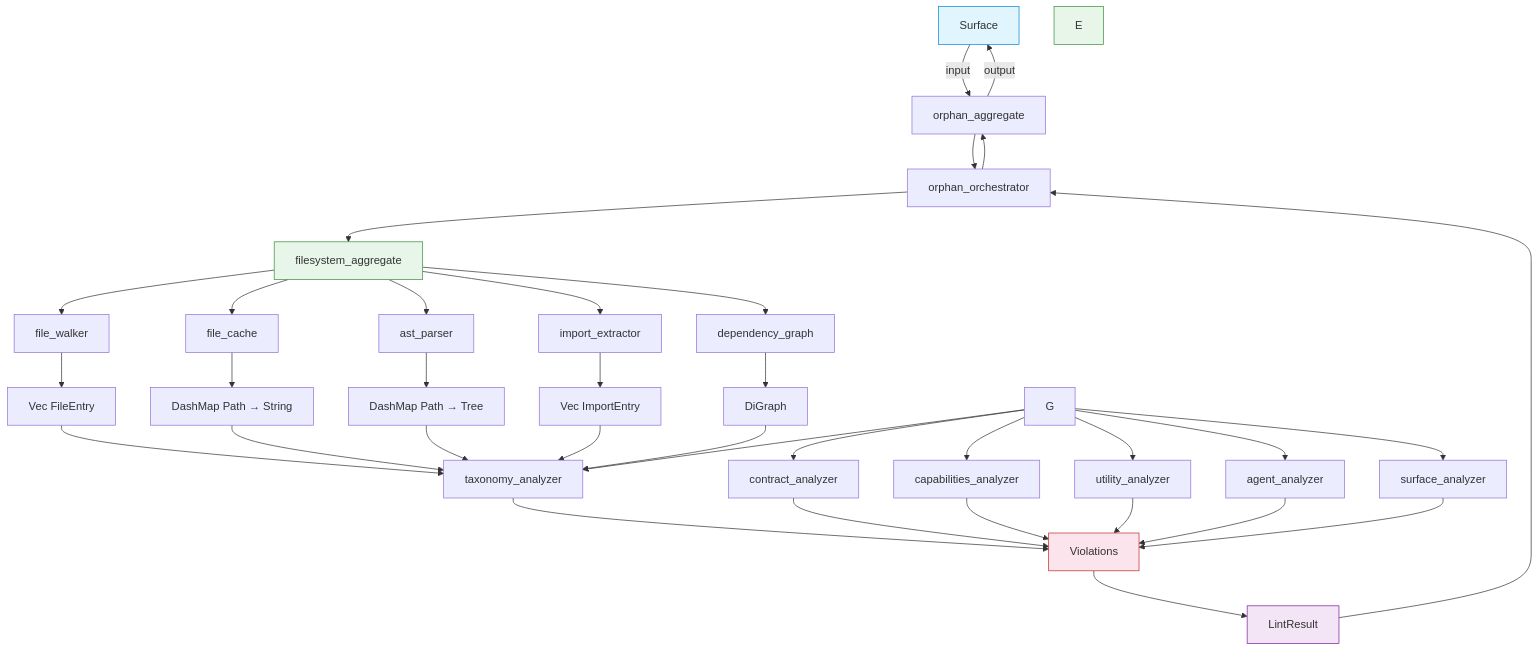
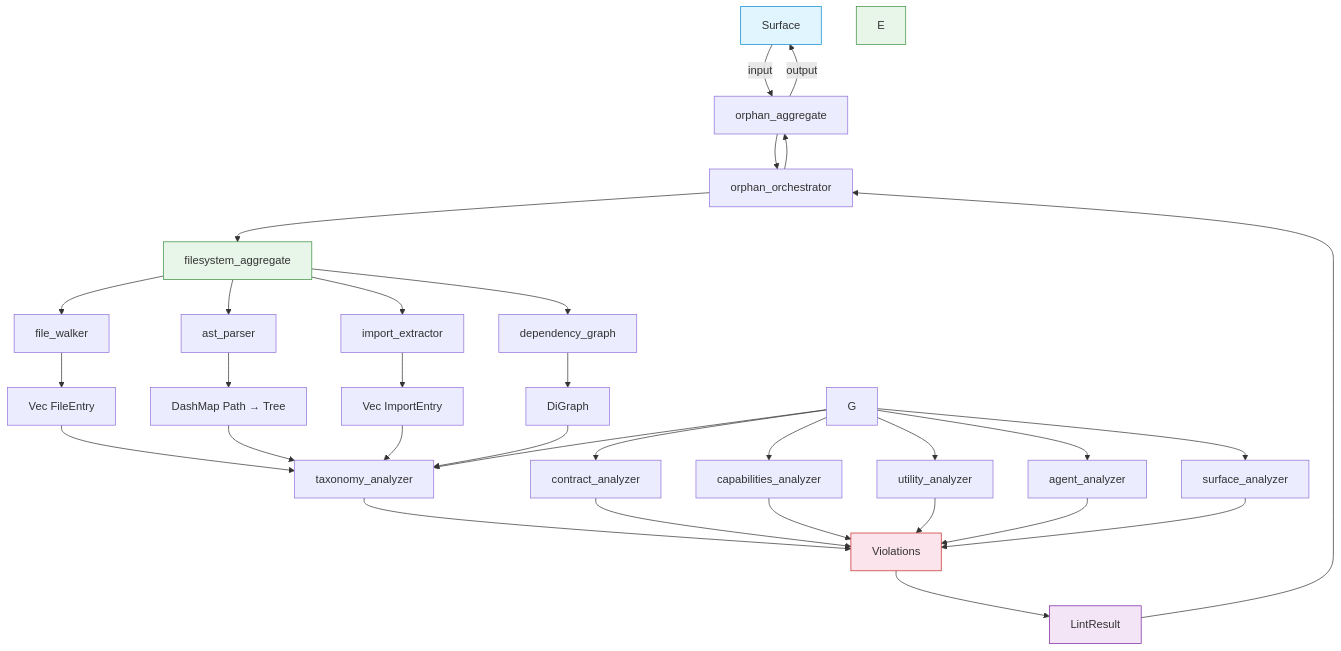
Before and after one commit to rakaarwaky/lint-arwaky: the diagram in crates/orphan-detector/FRD.md, drawn with Mermaid. The commit also changed 3 other files, not shown here.

First line of the commit message:
docs: remove file_cache from mermaids — it's a utility, not capability

````diff
--- a/crates/orphan-detector/FRD.md
+++ b/crates/orphan-detector/FRD.md
@@ -9,43 +9,40 @@
 ```mermaid
 flowchart TD
     A["Surface"] -->|input| B["orphan_aggregate"]
     B --> C["orphan_orchestrator"]
     C --> D["filesystem_aggregate"]
     D --> E1["file_walker"]
-    D --> E2["file_cache"]
     D --> F1["ast_parser"]
     D --> F2["import_extractor"]
     D --> F3["dependency_graph"]
     E1 --> G1["Vec FileEntry"]
-    E2 --> G2["DashMap Path → String"]
-    F1 --> G3["DashMap Path → Tree"]
-    F2 --> G4["Vec ImportEntry"]
-    F3 --> G5["DiGraph"]
+    F1 --> G2["DashMap Path → Tree"]
+    F2 --> G3["Vec ImportEntry"]
+    F3 --> G4["DiGraph"]
     G1 --> H1["taxonomy_analyzer"]
     G2 --> H1
     G3 --> H1
     G4 --> H1
-    G5 --> H1
     G --> H1["taxonomy_analyzer"]
     G --> H2["contract_analyzer"]
     G --> H3["capabilities_analyzer"]
     G --> H4["utility_analyzer"]
     G --> H5["agent_analyzer"]
     G --> H6["surface_analyzer"]
     H1 --> I["Violations"]
     H2 --> I
     H3 --> I
     H4 --> I
     H5 --> I
     H6 --> I
     I --> J["LintResult"]
     J --> C
     C --> B
     B -->|output| A
 
     style A fill:#e1f5fe,stroke:#0288d1
     style D fill:#e8f5e9,stroke:#388e3c
     style E fill:#e8f5e9,stroke:#388e3c
     style I fill:#fce4ec,stroke:#c62828
     style J fill:#f3e5f5,stroke:#7b1fa2
 ```
````
